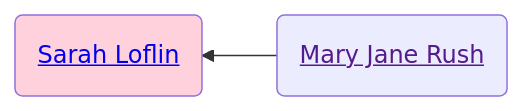
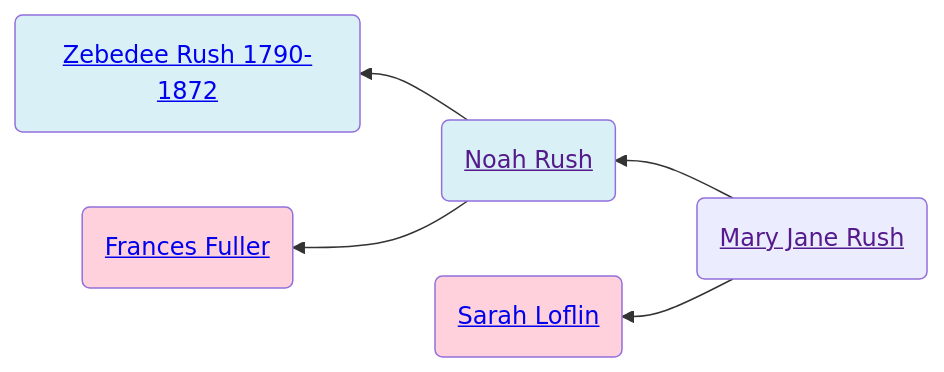
The diagram in familyhistory/sources/people/Rush-line/Mary_Jane_Rush.qmd (neelsmith/avocational), drawn with Mermaid before and after one commit. The commit also changed other lines of this file and 42 other files, not shown here.

````diff
--- a/familyhistory/sources/people/Rush-line/Mary_Jane_Rush.qmd
+++ b/familyhistory/sources/people/Rush-line/Mary_Jane_Rush.qmd
@@ -19,10 +19,16 @@
 ```{mermaid}
 graph RL
 %% RL ancestor diagram
+Mary_Jane_Rush(<a href=''>Mary Jane Rush</>) -->  Noah_Rush(<a href='./Noah_Rush.html'>Noah Rush</>)
+Noah_Rush(<a href=''>Noah Rush</>) -->  Zebedee_Rush_1790-1872(<a href='./Zebedee_Rush_1790-1872.html'>Zebedee Rush 1790-1872</>)
+class Zebedee_Rush_1790-1872 father
+Noah_Rush(<a href=''>Noah Rush</>)  --> Frances_Fuller(<a href='./../Randolph_county_lines/Frances_Fuller.html'>Frances Fuller</>)
+class Frances_Fuller mother
+class Noah_Rush father
 Mary_Jane_Rush(<a href=''>Mary Jane Rush</>)  --> Sarah_Loflin(<a href='./../Randolph_county_lines/Loflin/Sarah_Loflin.html'>Sarah Loflin</>)
 class Sarah_Loflin mother
 classDef mother fill:#ffd1dc
 classDef father fill:#daf0f7  
 classDef marriage fill:#ffffff
 
 ```
````
